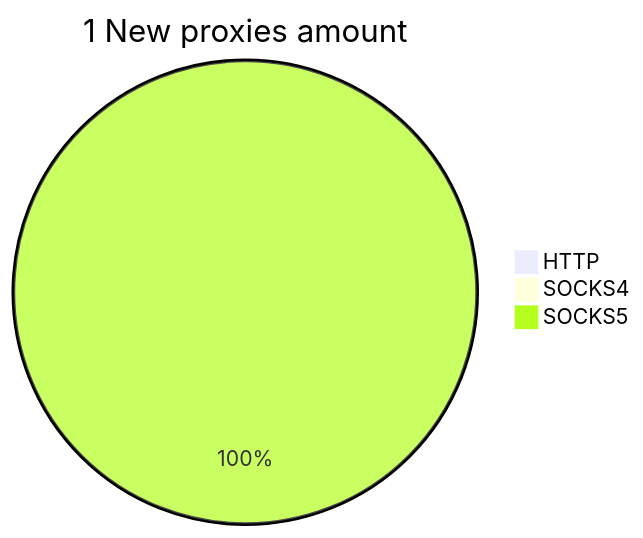
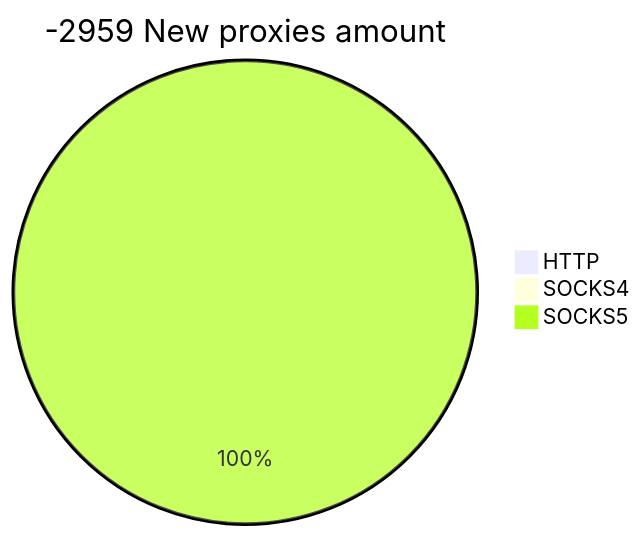
Before and after one commit to cutipu/proxylist: the second of 2 diagrams in README.md, drawn with Mermaid. The commit also changed other lines of this file, not shown here.

````diff
--- a/README.md
+++ b/README.md
@@ -10,6 +10,6 @@
 ```mermaid
-pie title 1 New proxies amount
+pie title -2959 New proxies amount
     "HTTP" : 0
     "SOCKS4" : 0
-    "SOCKS5" : 3
+    "SOCKS5" : 2
 ```
````
